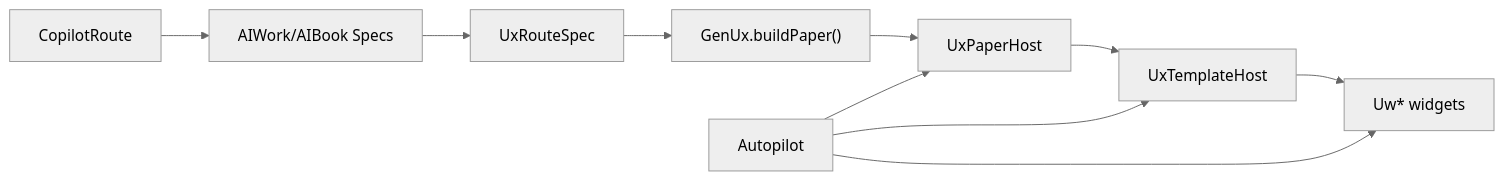
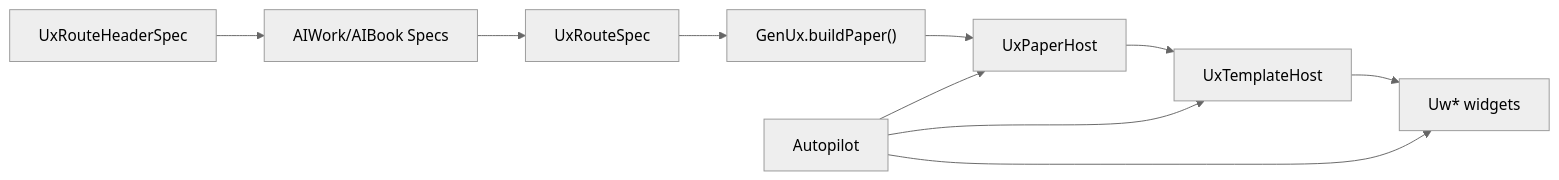
Before and after one commit to githubflutter/genrp: the second of 4 diagrams in docs/project_deep_analysis.md, drawn with Mermaid (neutral theme). The commit also changed other lines of this file and 36 other files, not shown here.

Commit message:
feat: Refactor Autopilot to delegate data and UX state management to CopilotData and CopilotUx, introduce USchema-based routing, and update app entry points and documentation.

````diff
--- a/docs/project_deep_analysis.md
+++ b/docs/project_deep_analysis.md
@@ -405,16 +416,16 @@
 ```mermaid
 flowchart LR
-    Route["CopilotRoute"]
+    Route["UxRouteHeaderSpec"]
     Specs["AIWork/AIBook Specs"]
-    RS["UxRouteSpec"]
+    URS["UxRouteSpec"]
     GX["GenUx.buildPaper()"]
     PH["UxPaperHost"]
     TH["UxTemplateHost"]
     VW["Uw* widgets"]
     AP["Autopilot"]
 
-    Route --> Specs --> RS --> GX --> PH --> TH --> VW
+    Route --> Specs --> URS --> GX --> PH --> TH --> VW
     AP --> PH
     AP --> TH
     AP --> VW
 ```
````
